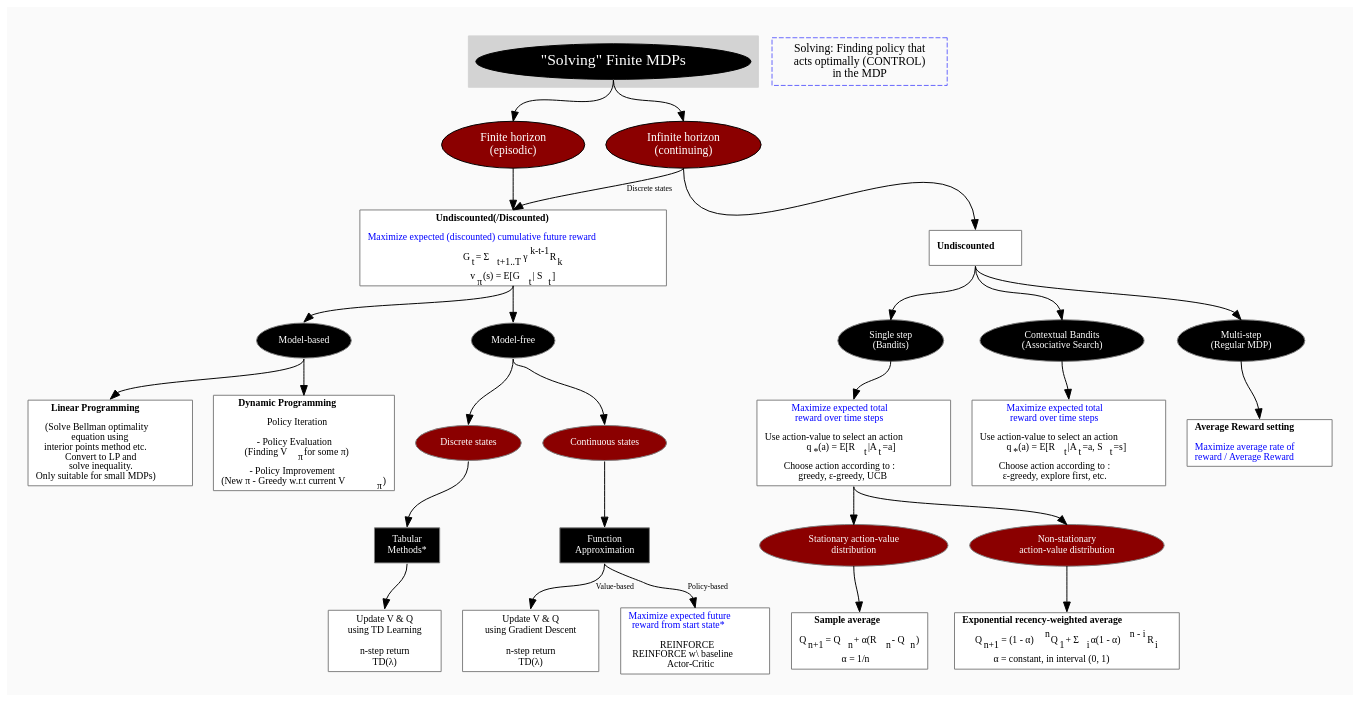
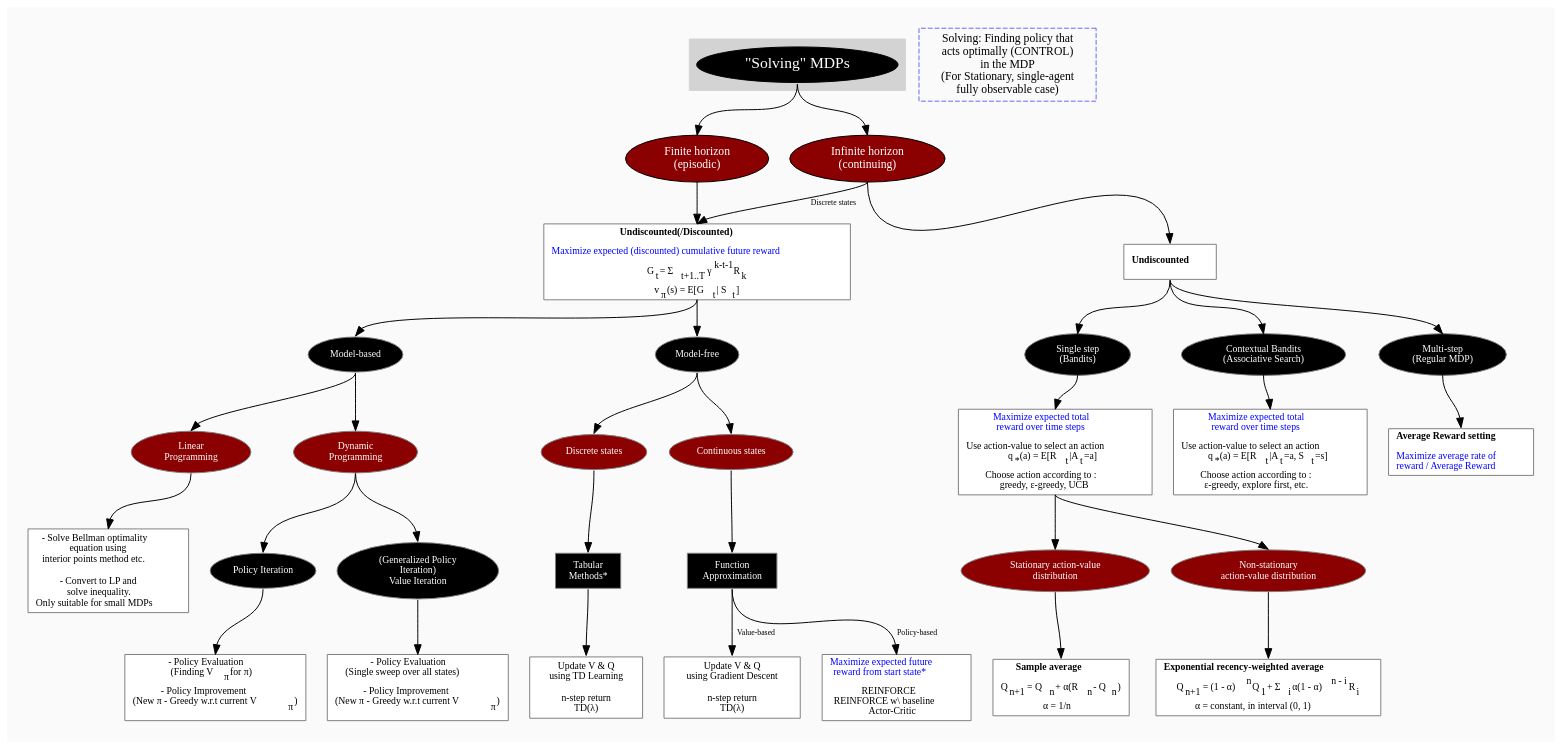
Before and after one commit to amy12xx/ml_notes_and_reports: the diagram in solving_mdps_with_model_free_rl/solving_mdps_with_model_free_rl.dot, drawn with Graphviz. The commit also changed 1 other file, not shown here.

```diff
--- a/solving_mdps_with_model_free_rl/solving_mdps_with_model_free_rl.dot
+++ b/solving_mdps_with_model_free_rl/solving_mdps_with_model_free_rl.dot
@@ -16,7 +16,7 @@
 color=lightgrey
 fontsize=12
 node[fillcolor=black, fontcolor=white, fontsize=16]
-a1[label="\"Solving\" Finite MDPs"]
+a1[label="\"Solving\" MDPs"]
 //label = "Solving \: finding policy that acts optimally\n in the MDP";
 //labelloc = "b";
 }
@@ -66,24 +66,51 @@
 k2-> d1
 k2-> d2
 
+node[style="filled", shape=ellipse, fillcolor=red4, fontcolor=white, fontsize=10]
+l1[label="Linear \nProgramming"]
+k1-> l1
+
 node[fontcolor=black, fontsize=10]
 node[shape=box, fillcolor=white, color=grey50]
-l1[label=<<b>Linear Programming</b> <br/><br/>
-(Solve Bellman optimality <br/>equation using <br/>interior points method etc.<br/>Convert to LP and<br/> solve inequality.
-<br/>Only suitable for small MDPs)
+m3[label=<
+- Solve Bellman optimality <br/>
+equation using <br/>
+interior points method etc.<br/><br/>
+- Convert to LP and<br/> solve inequality.
+<br/>Only suitable for small MDPs
 >]
-k1-> l1
+l1-> m3
+
+node[style="filled", shape=ellipse, fillcolor=red4, fontcolor=white, fontsize=10]
+l2[label="Dynamic\n Programming"]
+k1-> l2
+
+node[style="filled", shape=ellipse, fillcolor=black, fontcolor=white, fontsize=10]
+m1[label="Policy Iteration"]
+node[style="filled", shape=ellipse, fillcolor=black, fontcolor=white, fontsize=10]
+m2[label="(Generalized Policy \nIteration)\nValue Iteration"]
+l2-> m1
+l2-> m2
+
 node[fontcolor=black, fontsize=10]
 node[shape=box, fillcolor=white, color=grey50]
-l2[label=<<b>Dynamic Programming</b> <br/><br/>
-Policy Iteration
-<br/><br/>
-- Policy Evaluation <br/>(Finding V<sub>&pi;</sub> for some &pi;)
+n1[label=<
+- Policy Evaluation <br/>(Finding V<sub>&pi;</sub> for &pi;)
 <br/><br/>
 - Policy Improvement <br/>(New &pi; - Greedy w.r.t current V<sub>&pi;</sub>)
+<br/><br/>
 >]
-k1-> l2
+m1-> n1
 
+node[fontcolor=black, fontsize=10]
+node[shape=box, fillcolor=white, color=grey50]
+n2[label=<
+- Policy Evaluation <br/>(Single sweep over all states)
+<br/><br/>
+- Policy Improvement <br/>(New &pi; - Greedy w.r.t current V<sub>&pi;</sub>)
+<br/><br/>
+>]
+m2-> n2
 
 // LEVEL 5
 node[fillcolor=black, fontcolor=white, fontsize=10]
@@ -193,7 +220,7 @@
 // REMARQUES EN BLEU
 node[color=blue, shape=box, margin=0.07, fontcolor=black, fontsize=12, style="dashed", penwidth=0.6]
 //edge[color=blue, arrowhead="none", xlabel="", style="dashed", penwidth=0.6]
- r1[label="Solving: Finding policy that \n acts optimally (CONTROL) \nin the MDP\n"]
+ r1[label="Solving: Finding policy that \n acts optimally (CONTROL) \nin the MDP\n(For Stationary, single-agent\nfully observable case) "]
 // {rank=same;->r1}
 // {rank=same;r1->[dir=back]}
 
```
